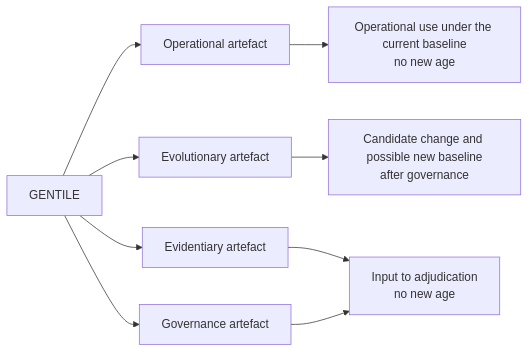
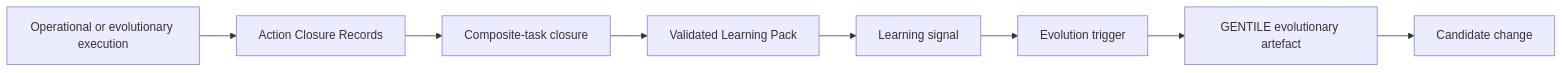
Before and after one commit to AmedeoPelliccia/AGES: the fifth of 5 diagrams in architecture/08-gentile-gtl-integration.md, drawn with Mermaid. The commit also changed other lines of this file, not shown here.

First line of the commit message:
Enhance GENTILE-GTL integration documentation

````diff
--- a/architecture/08-gentile-gtl-integration.md
+++ b/architecture/08-gentile-gtl-integration.md
@@ -126,20 +504,19 @@
 ```mermaid
 flowchart LR
-    GEN["GENTILE"]
-    OPA["Operational artefact"]
-    EVA["Evolutionary artefact"]
-    EDA["Evidentiary artefact"]
-    GVA["Governance artefact"]
-    OPU["Operational use under the current baseline<br/>no new age"]
-    EVU["Candidate change and possible new baseline<br/>after governance"]
-    CPU["Input to adjudication<br/>no new age"]
+    EX["Operational or evolutionary execution"]
+    AC["Action Closure Records"]
+    TC["Composite-task closure"]
+    LP["Validated Learning Pack"]
+    LS["Learning signal"]
+    ET["Evolution trigger"]
+    GEN["GENTILE evolutionary artefact"]
+    CC["Candidate change"]
 
-    GEN --> OPA
-    GEN --> EVA
-    GEN --> EDA
-    GEN --> GVA
-    OPA --> OPU
-    EVA --> EVU
-    EDA --> CPU
-    GVA --> CPU
+    EX --> AC
+    AC --> TC
+    TC --> LP
+    LP --> LS
+    LS --> ET
+    ET --> GEN
+    GEN --> CC
 ```
````
